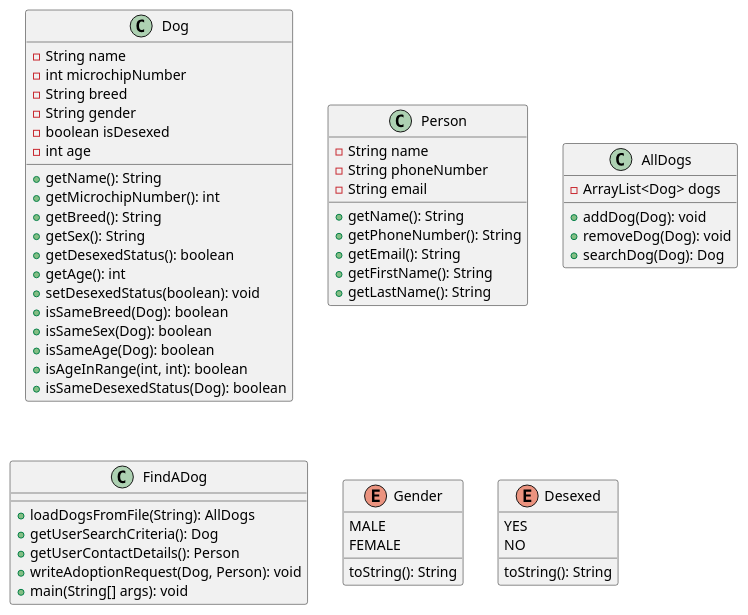
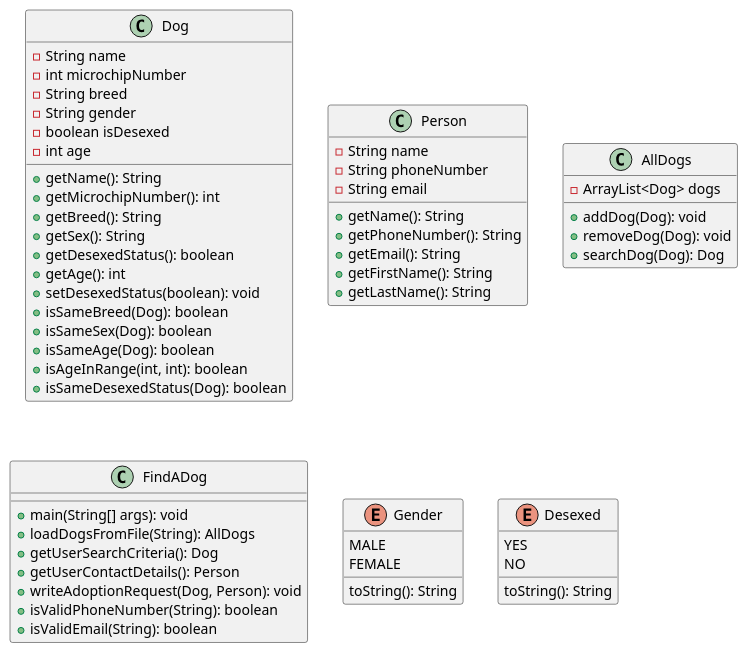
One commit to dangoodie/cosc120 changed the diagram in tutorials/tutorial4/DesignDiagram.md. Above: the diagram before and after it, drawn with PlantUML.

Commit message:
updating UML diagram

````diff
--- a/tutorials/tutorial4/DesignDiagram.md
+++ b/tutorials/tutorial4/DesignDiagram.md
@@ -2,62 +2,64 @@
 ```plantuml
 @startuml
 class Dog {
     - String name
     - int microchipNumber
     - String breed
     - String gender
     - boolean isDesexed
     - int age
     + getName(): String
     + getMicrochipNumber(): int
     + getBreed(): String
     + getSex(): String
     + getDesexedStatus(): boolean
     + getAge(): int
     + setDesexedStatus(boolean): void
     + isSameBreed(Dog): boolean
     + isSameSex(Dog): boolean
     + isSameAge(Dog): boolean
     + isAgeInRange(int, int): boolean
     + isSameDesexedStatus(Dog): boolean
 }
 
 class Person {
     - String name
     - String phoneNumber
     - String email
     + getName(): String
     + getPhoneNumber(): String
     + getEmail(): String
     + getFirstName(): String
     + getLastName(): String
 }
 
 class AllDogs {
     - ArrayList<Dog> dogs
     + addDog(Dog): void
     + removeDog(Dog): void
     + searchDog(Dog): Dog
 }
 
 class FindADog {
+    + main(String[] args): void
     + loadDogsFromFile(String): AllDogs
     + getUserSearchCriteria(): Dog
     + getUserContactDetails(): Person
     + writeAdoptionRequest(Dog, Person): void
-    + main(String[] args): void
+    + isValidPhoneNumber(String): boolean
+    + isValidEmail(String): boolean
 }
 
 enum Gender {
     MALE
     FEMALE
     toString(): String  
 }
 
 enum Desexed {
     YES
     NO
     toString(): String
 }
 @enduml
 ```
````
